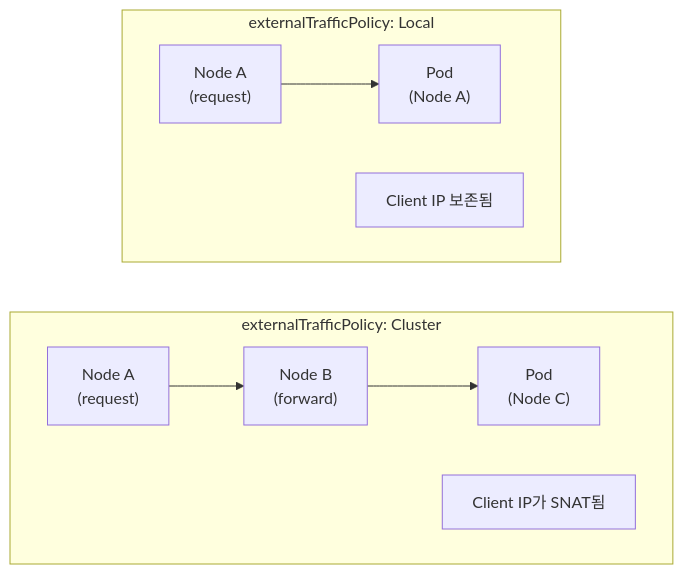
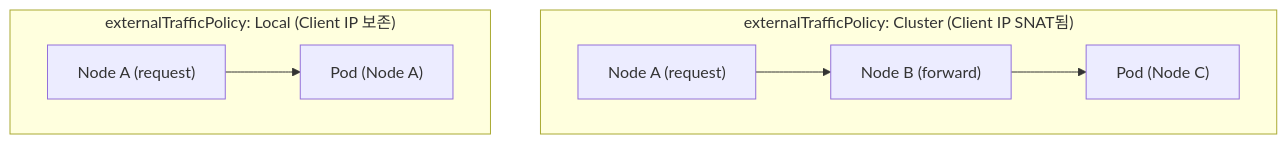
The third of 3 diagrams in _posts/2025-12-31-kubernetes-10-service.md (K-Diger/k-diger.github.io), drawn with Mermaid before and after one commit. The commit also changed 13 other files, not shown here.

````diff
--- a/_posts/2025-12-31-kubernetes-10-service.md
+++ b/_posts/2025-12-31-kubernetes-10-service.md
@@ -510,14 +510,15 @@
 ```mermaid
-flowchart LR
-    subgraph clusterPolicy["externalTrafficPolicy: Cluster"]
-        direction LR
-        cA["Node A<br/>(request)"] --> cB["Node B<br/>(forward)"] --> cPod["Pod<br/>(Node C)"]
-        cNote["Client IP가 SNAT됨"]
+flowchart TB
+    subgraph clusterPolicy["externalTrafficPolicy: Cluster (Client IP SNAT됨)"]
+        cA["Node A (request)"]
+        cB["Node B (forward)"]
+        cPod["Pod (Node C)"]
+        cA --> cB --> cPod
     end
 
-    subgraph localPolicy["externalTrafficPolicy: Local"]
-        direction LR
-        lA["Node A<br/>(request)"] --> lPod["Pod<br/>(Node A)"]
-        lNote["Client IP 보존됨"]
+    subgraph localPolicy["externalTrafficPolicy: Local (Client IP 보존)"]
+        lA["Node A (request)"]
+        lPod["Pod (Node A)"]
+        lA --> lPod
     end
 ```
````
